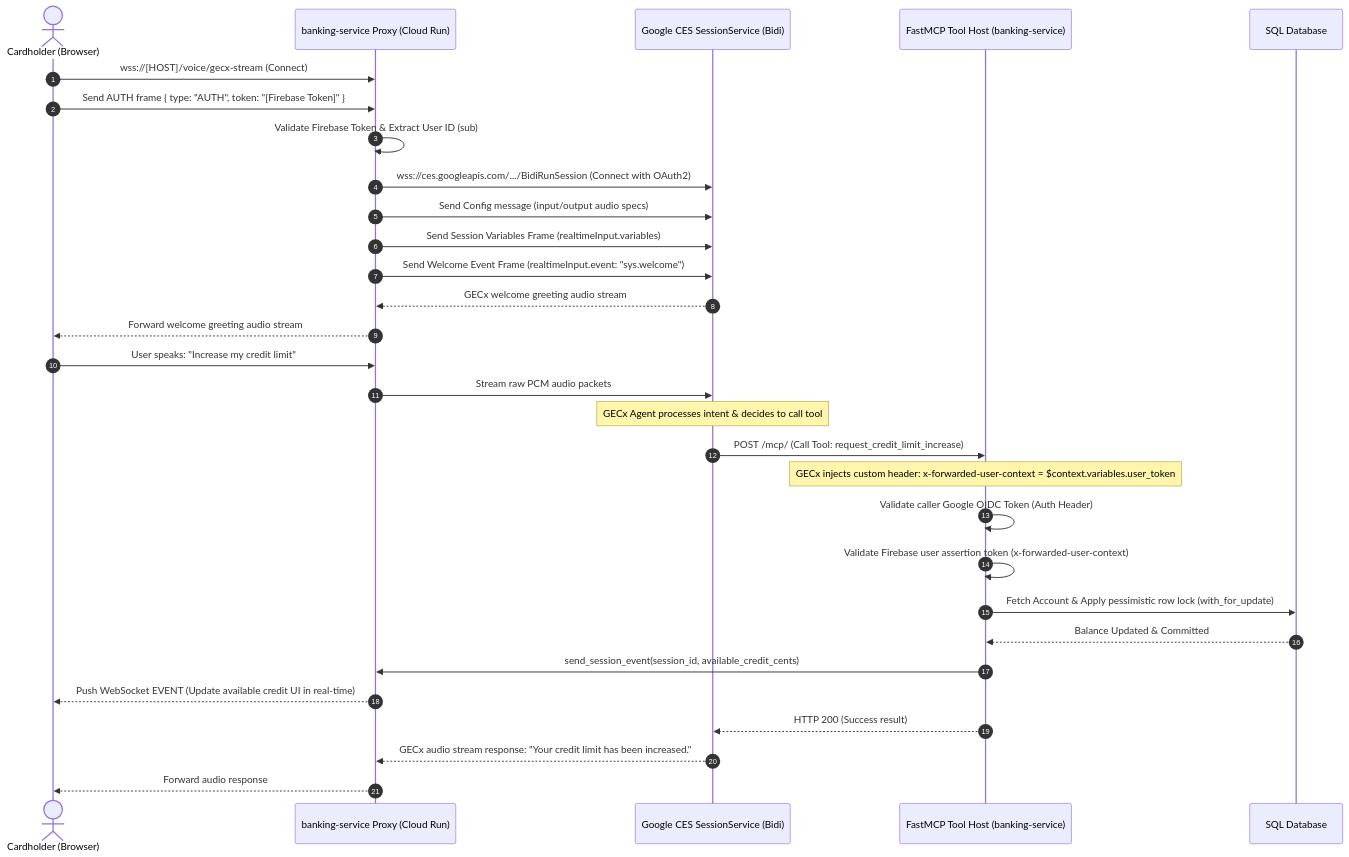
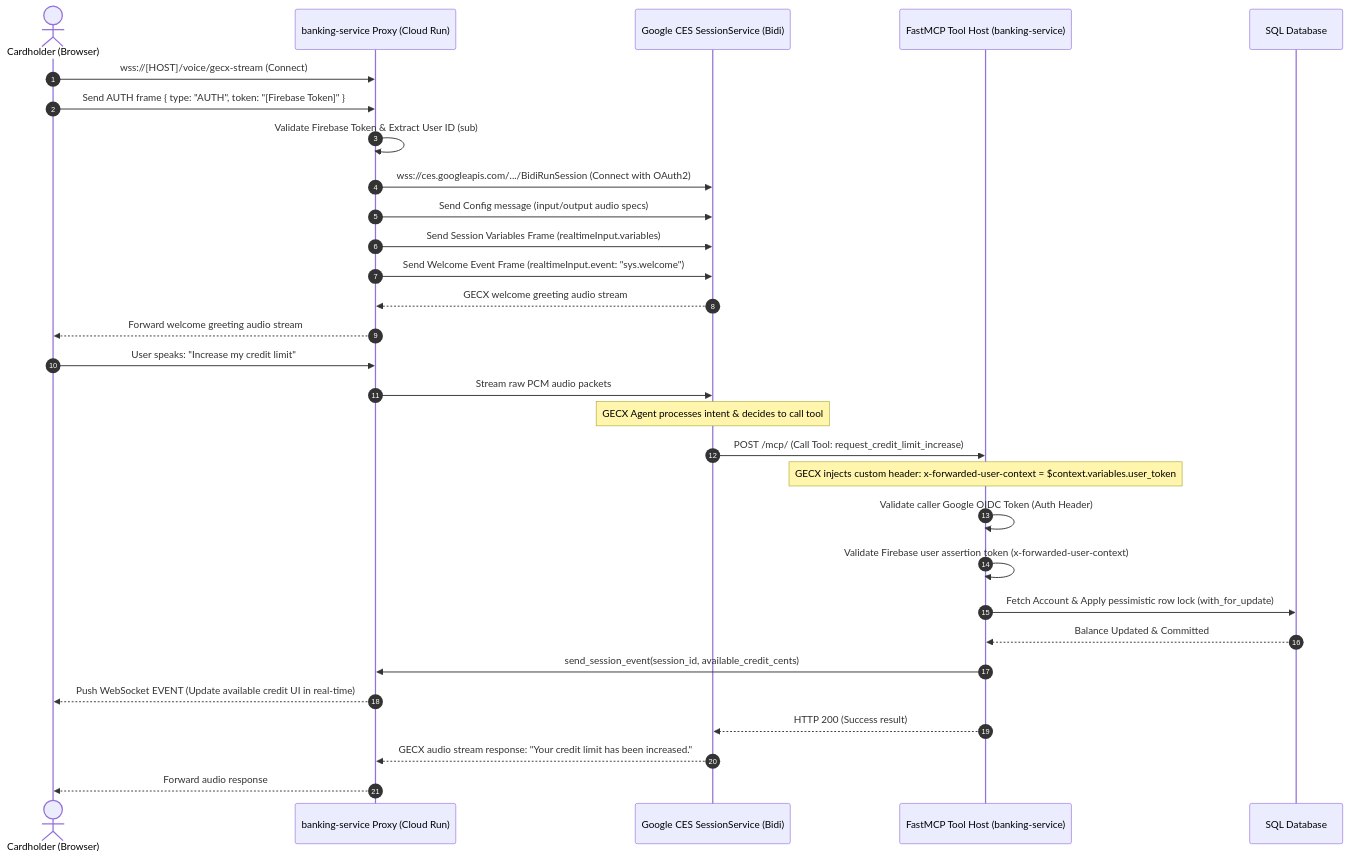
The diagram in docs/architecture/gecx_telephony_voice_agent.md (GoogleCloudPlatform/fsi-gecx-bundle), drawn with Mermaid before and after one commit. The commit also changed other lines of this file and 9 other files, not shown here.

````diff
--- a/docs/architecture/gecx_telephony_voice_agent.md
+++ b/docs/architecture/gecx_telephony_voice_agent.md
@@ -11,44 +11,44 @@
 ```mermaid
 sequenceDiagram
     autonumber
     actor User as Cardholder (Browser)
     participant Proxy as banking-service Proxy (Cloud Run)
     participant GECX as Google CES SessionService (Bidi)
     participant MCP as FastMCP Tool Host (banking-service)
     participant DB as SQL Database
 
     User->>Proxy: wss://[HOST]/voice/gecx-stream (Connect)
     User->>Proxy: Send AUTH frame { type: "AUTH", token: "[Firebase Token]" }
     Proxy->>Proxy: Validate Firebase Token & Extract User ID (sub)
     
     Proxy->>GECX: wss://ces.googleapis.com/.../BidiRunSession (Connect with OAuth2)
     Proxy->>GECX: Send Config message (input/output audio specs)
     
     %% Session Variables Gotcha Sequence
     Proxy->>GECX: Send Session Variables Frame (realtimeInput.variables)
     Proxy->>GECX: Send Welcome Event Frame (realtimeInput.event: "sys.welcome")
     
-    GECX-->>Proxy: GECx welcome greeting audio stream
+    GECX-->>Proxy: GECX welcome greeting audio stream
     Proxy-->>User: Forward welcome greeting audio stream
     
     User->>Proxy: User speaks: "Increase my credit limit"
     Proxy->>GECX: Stream raw PCM audio packets
     
-    Note over GECX: GECx Agent processes intent & decides to call tool
+    Note over GECX: GECX Agent processes intent & decides to call tool
     
     GECX->>MCP: POST /mcp/ (Call Tool: request_credit_limit_increase)
-    Note over MCP: GECx injects custom header: x-forwarded-user-context = $context.variables.user_token
+    Note over MCP: GECX injects custom header: x-forwarded-user-context = $context.variables.user_token
     
     MCP->>MCP: Validate caller Google OIDC Token (Auth Header)
     MCP->>MCP: Validate Firebase user assertion token (x-forwarded-user-context)
     MCP->>DB: Fetch Account & Apply pessimistic row lock (with_for_update)
     DB-->>MCP: Balance Updated & Committed
     
     %% OOB UI Sync
     MCP->>Proxy: send_session_event(session_id, available_credit_cents)
     Proxy-->>User: Push WebSocket EVENT (Update available credit UI in real-time)
     
     MCP-->>GECX: HTTP 200 (Success result)
-    GECX-->>Proxy: GECx audio stream response: "Your credit limit has been increased."
+    GECX-->>Proxy: GECX audio stream response: "Your credit limit has been increased."
     Proxy-->>User: Forward audio response
 ```
````
